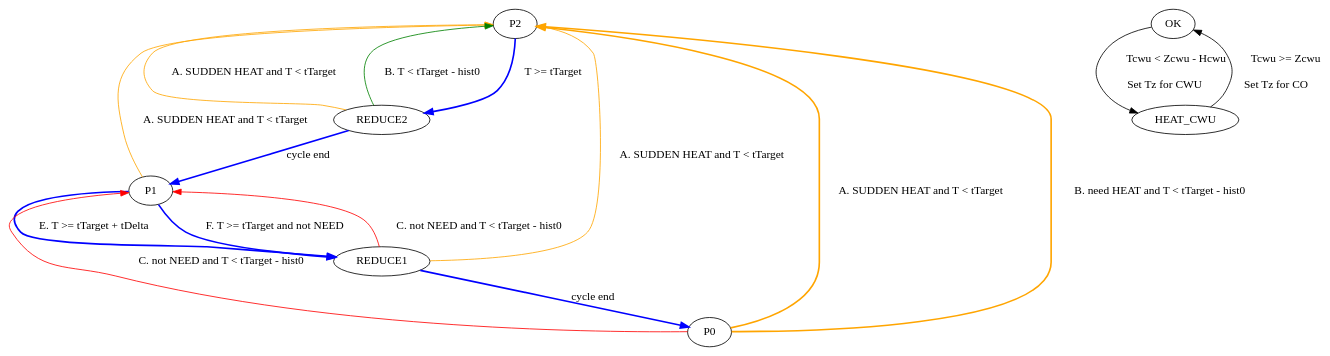
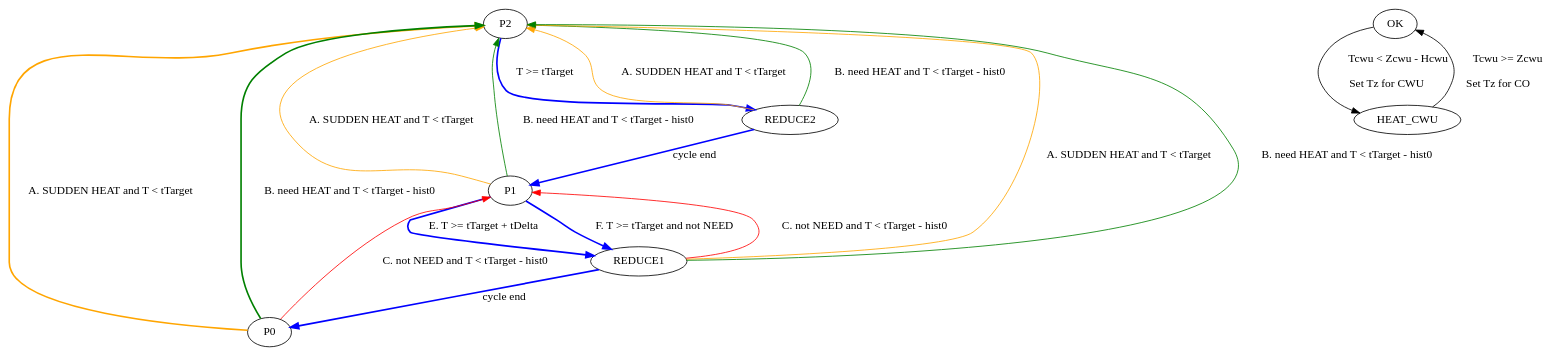
Before and after one commit to lafar6502/masterpiec: the diagram in states.gv, drawn with Graphviz. The commit also changed 5 other files, not shown here.

```diff
--- a/states.gv
+++ b/states.gv
@@ -1,49 +1,53 @@
 digraph G {
 
 HEAT [label="P2"]
 COOLOFF [label="P1"]
 MAINTAIN [label="P0"]
 
 HEAT->REDUCE2 [label="T >= tTarget", style=bold, color=blue]
 
 REDUCE2 -> COOLOFF [label="cycle end",style=bold, color=blue]
 
 
 REDUCE2 -> HEAT [label="A. SUDDEN HEAT and T < tTarget", color=orange]
-REDUCE2 -> HEAT [label="B. T < tTarget - hist0", color=green]
+REDUCE2 -> HEAT [label="B. need HEAT and T < tTarget - hist0", color=green]
+
 
 COOLOFF->REDUCE1 [label="E. T >= tTarget + tDelta", style=bold, color=blue]
 COOLOFF->REDUCE1 [label="F. T >= tTarget and not NEED", style=bold, color=blue]
 
 REDUCE1 -> MAINTAIN [label="cycle end", style=bold, color=blue]
 
 
 REDUCE1 -> HEAT [label="A. SUDDEN HEAT and T < tTarget", color=orange]
+REDUCE1 -> HEAT [label="B. need HEAT and T < tTarget - hist0", color=green]
+
 //REDUCE1 -> HEAT [label="B. T <= tTarget - hist0", color=green]
 REDUCE1 -> COOLOFF [label="C. not NEED and T < tTarget - hist0", color=red]
 
 //REDUCE1 -> COOLOFF [label="2. NEED and T<tTarget"]
 
 COOLOFF -> HEAT [label="A. SUDDEN HEAT and T < tTarget", color=orange]
 //COOLOFF->HEAT [label="B. T <= tTarget - hist0", color=green]
+COOLOFF -> HEAT [label="B. need HEAT and T < tTarget - hist0", color=green]
 
 //HEAT -> REDUCE1 [label="1. T > tTarget + tDelta", color=green]
 MAINTAIN -> HEAT [label="A. SUDDEN HEAT and T < tTarget", style=bold, color=orange]
-MAINTAIN -> HEAT [label="B. need HEAT and T < tTarget - hist0", style=bold, color=orange]
+MAINTAIN -> HEAT [label="B. need HEAT and T < tTarget - hist0", style=bold, color=green]
 
 //MAINTAIN -> HEAT [label="B. T <= tTarget - hist0", style=bold, color=green]
 MAINTAIN -> COOLOFF[label="C. not NEED and T < tTarget - hist0", color=red]
 
 //MAINTAIN -> COOLOFF [label="NEED and T between tTarget - hist0 and tTarget", style=bold, color=darkgreen]
 
 
 
 subgraph CWU {
     OK -> HEAT_CWU [label="Tcwu < Zcwu - Hcwu\r\nSet Tz for CWU"]
     HEAT_CWU -> OK [label="Tcwu >= Zcwu\r\nSet Tz for CO"]
     
 }
 
 
 
 }
```
